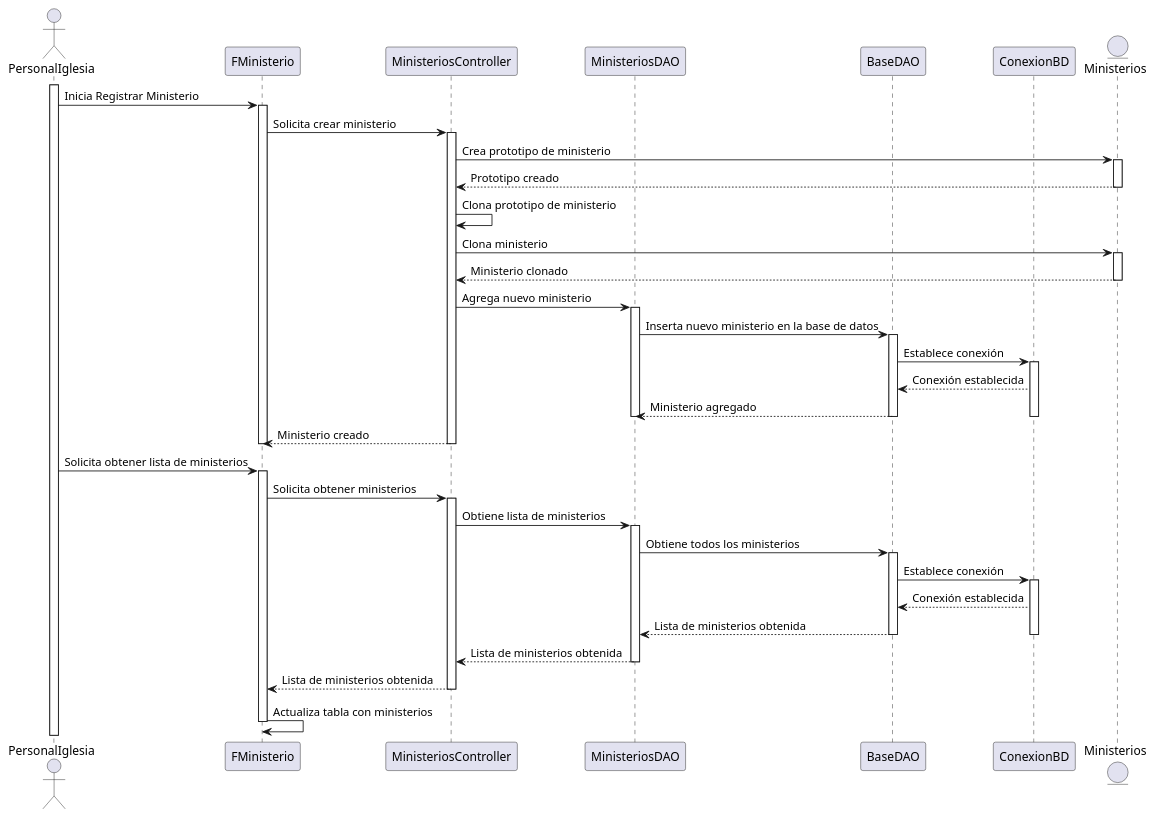
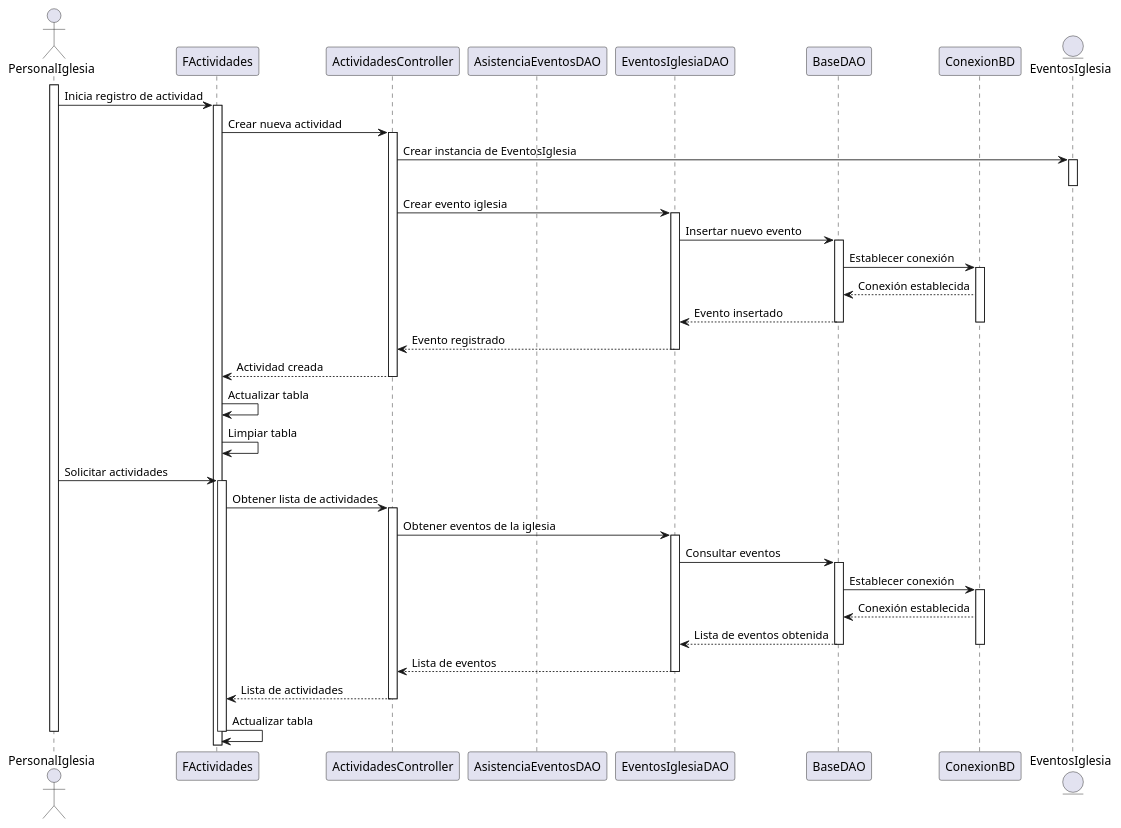
One commit to jeulate/proyig1 changed the diagram in src/utils/ejemplocolab.puml. Above: the diagram before and after it, drawn with PlantUML. The commit also changed 28 other files, not shown here.

Commit message:
Aplicando Patron Decorador en Registro de Actividades

```diff
--- a/src/utils/ejemplocolab.puml
+++ b/src/utils/ejemplocolab.puml
@@ -1,69 +1,65 @@
 @startuml
 
 actor PersonalIglesia
 
-participant "FMinisterio" as fministerio
-participant "MinisteriosController" as ctrministerio
-participant "MinisteriosDAO" as daoministerios
+participant "FActividades" as factividades
+participant "ActividadesController" as ctractividades
+participant "AsistenciaEventosDAO" as daoasistenciaev
+participant "EventosIglesiaDAO" as daoeventoigle
 participant "BaseDAO" as daobase
 participant "ConexionBD" as bdconexion
-entity "Ministerios" as ministerios
+entity "EventosIglesia" as eviglesia
 
 activate PersonalIglesia
 
-PersonalIglesia -> fministerio: Inicia Registrar Ministerio
+PersonalIglesia -> factividades: Inicia registro de actividad
 
-activate fministerio
-fministerio -> ctrministerio: Solicita crear ministerio
-activate ctrministerio
-
-ctrministerio -> ministerios: Crea prototipo de ministerio
-activate ministerios
-ministerios --> ctrministerio: Prototipo creado
-deactivate ministerios
-
-ctrministerio -> ctrministerio: Clona prototipo de ministerio
-ctrministerio -> ministerios: Clona ministerio
-activate ministerios
-ministerios --> ctrministerio: Ministerio clonado
-deactivate ministerios
-
-ctrministerio -> daoministerios: Agrega nuevo ministerio
-activate daoministerios
-daoministerios -> daobase: Inserta nuevo ministerio en la base de datos
+activate factividades
+factividades -> ctractividades: Crear nueva actividad
+activate ctractividades
+ctractividades -> eviglesia: Crear instancia de EventosIglesia
+activate eviglesia
+deactivate eviglesia
+ctractividades -> daoeventoigle: Crear evento iglesia
+activate daoeventoigle
+daoeventoigle -> daobase: Insertar nuevo evento
 activate daobase
-daobase -> bdconexion: Establece conexión
+daobase -> bdconexion: Establecer conexión
 activate bdconexion
 bdconexion --> daobase: Conexión establecida
-daobase --> daoministerios: Ministerio agregado
+daobase --> daoeventoigle: Evento insertado
 deactivate bdconexion
 deactivate daobase
-deactivate daoministerios
+daoeventoigle --> ctractividades: Evento registrado
+deactivate daoeventoigle
+ctractividades --> factividades: Actividad creada
+deactivate ctractividades
 
-ctrministerio --> fministerio: Ministerio creado
-deactivate ctrministerio
-deactivate fministerio
+factividades -> factividades: Actualizar tabla
+factividades -> factividades: Limpiar tabla
 
-PersonalIglesia -> fministerio: Solicita obtener lista de ministerios
+PersonalIglesia -> factividades: Solicitar actividades
 
-activate fministerio
-fministerio -> ctrministerio: Solicita obtener ministerios
-activate ctrministerio
-ctrministerio -> daoministerios: Obtiene lista de ministerios
-activate daoministerios
-daoministerios -> daobase: Obtiene todos los ministerios
+activate factividades
+factividades -> ctractividades: Obtener lista de actividades
+activate ctractividades
+ctractividades -> daoeventoigle: Obtener eventos de la iglesia
+activate daoeventoigle
+daoeventoigle -> daobase: Consultar eventos
 activate daobase
-daobase -> bdconexion: Establece conexión
+daobase -> bdconexion: Establecer conexión
 activate bdconexion
 bdconexion --> daobase: Conexión establecida
-daobase --> daoministerios: Lista de ministerios obtenida
+daobase --> daoeventoigle: Lista de eventos obtenida
 deactivate bdconexion
 deactivate daobase
-daoministerios --> ctrministerio: Lista de ministerios obtenida
-deactivate daoministerios
-ctrministerio --> fministerio: Lista de ministerios obtenida
-deactivate ctrministerio
-fministerio -> fministerio: Actualiza tabla con ministerios
-deactivate fministerio
+daoeventoigle --> ctractividades: Lista de eventos
+deactivate daoeventoigle
+ctractividades --> factividades: Lista de actividades
+deactivate ctractividades
+factividades -> factividades: Actualizar tabla
+
+deactivate factividades
+deactivate PersonalIglesia
 
 @enduml
```
